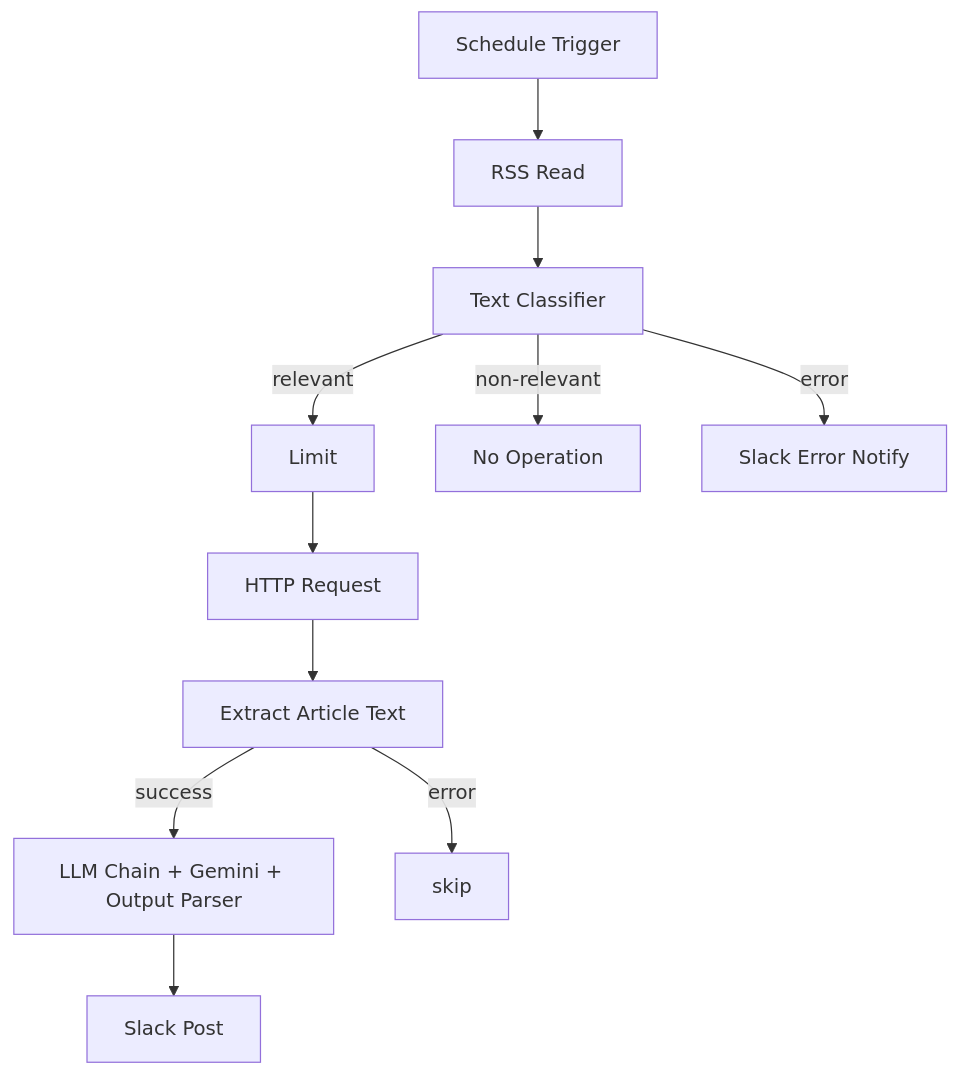
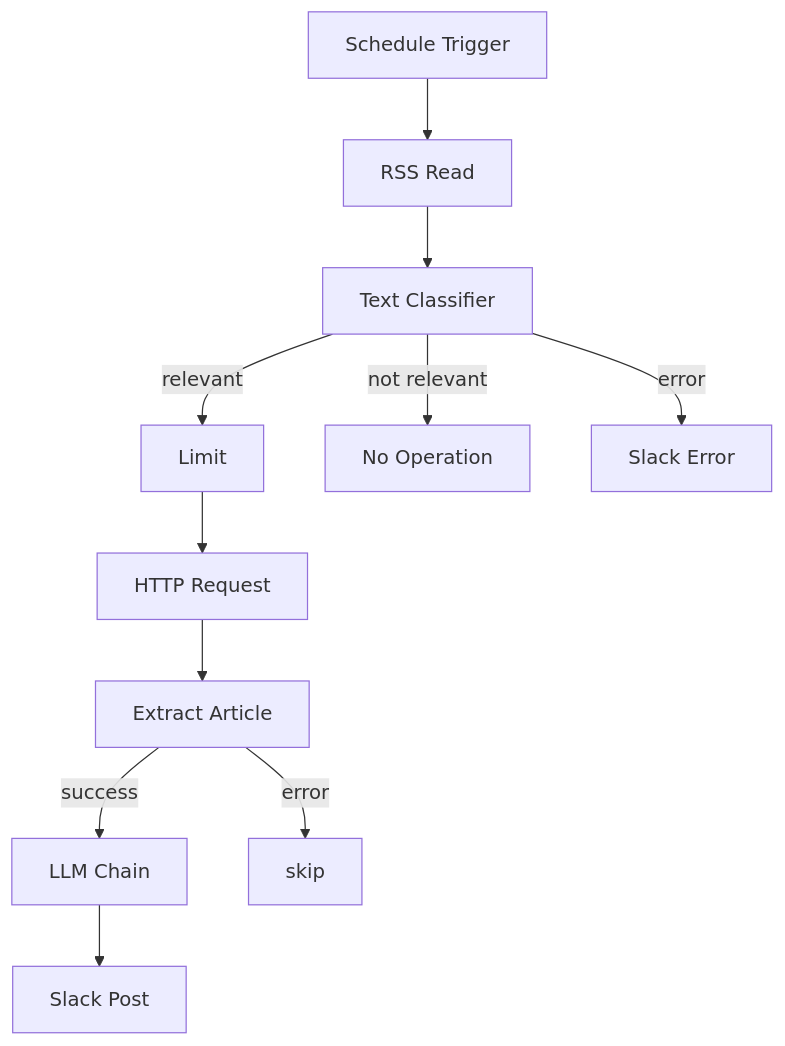
The diagram in 修正後/README.md (takumiwork-n8n/X_present_post_workflow), drawn with Mermaid before and after one commit. The commit also changed 1 other file, not shown here.

Commit message:
fix: quote all labels and remove hyphens/plus for dagre compat

````diff
--- a/修正後/README.md
+++ b/修正後/README.md
@@ -37,13 +37,13 @@
 ```mermaid
 graph TD
-    A[Schedule Trigger] --> B[RSS Read]
-    B --> C[Text Classifier]
-    C -- relevant --> D[Limit]
-    C -- non-relevant --> E[No Operation]
-    C -- error --> F[Slack Error Notify]
-    D --> G[HTTP Request]
-    G --> H[Extract Article Text]
-    H -- success --> I[LLM Chain + Gemini + Output Parser]
-    H -- error --> SKIP[skip]
-    I --> J[Slack Post]
+    A["Schedule Trigger"] --> B["RSS Read"]
+    B --> C["Text Classifier"]
+    C -- "relevant" --> D["Limit"]
+    C -- "not relevant" --> E["No Operation"]
+    C -- "error" --> F["Slack Error"]
+    D --> G["HTTP Request"]
+    G --> H["Extract Article"]
+    H -- "success" --> I["LLM Chain"]
+    H -- "error" --> SKIP["skip"]
+    I --> J["Slack Post"]
 ```
````
